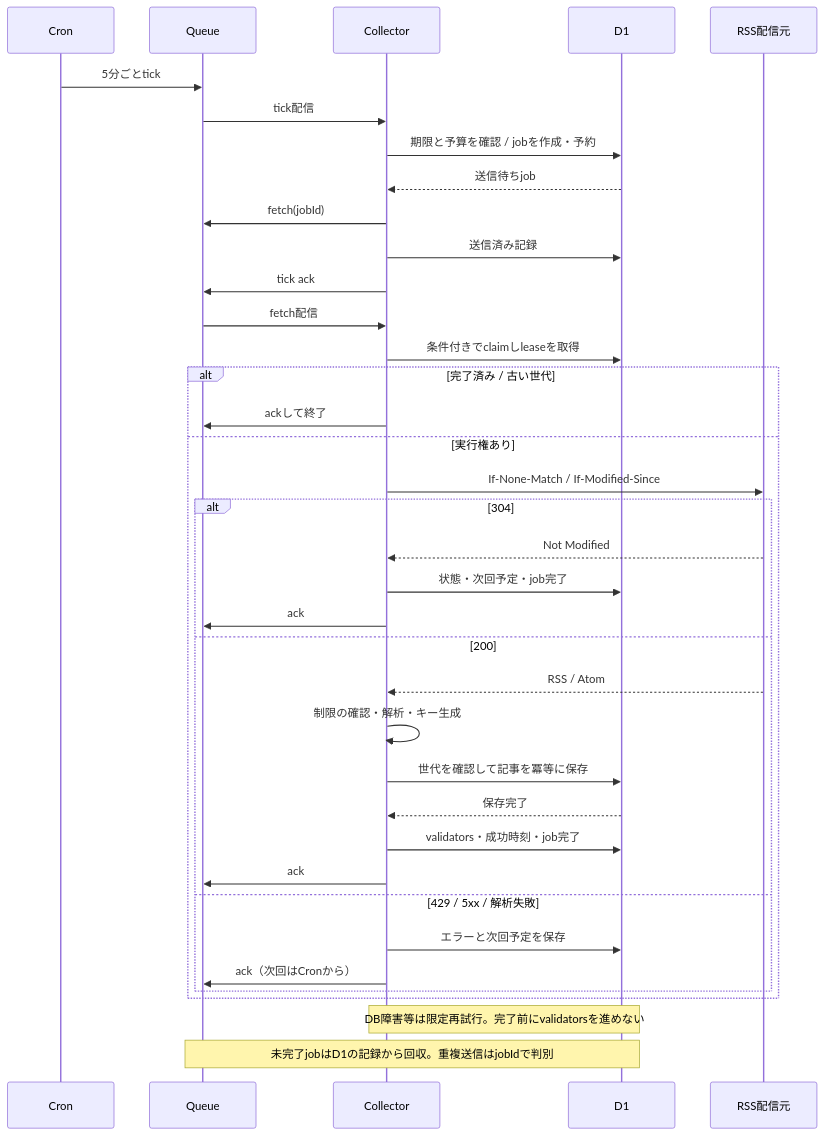
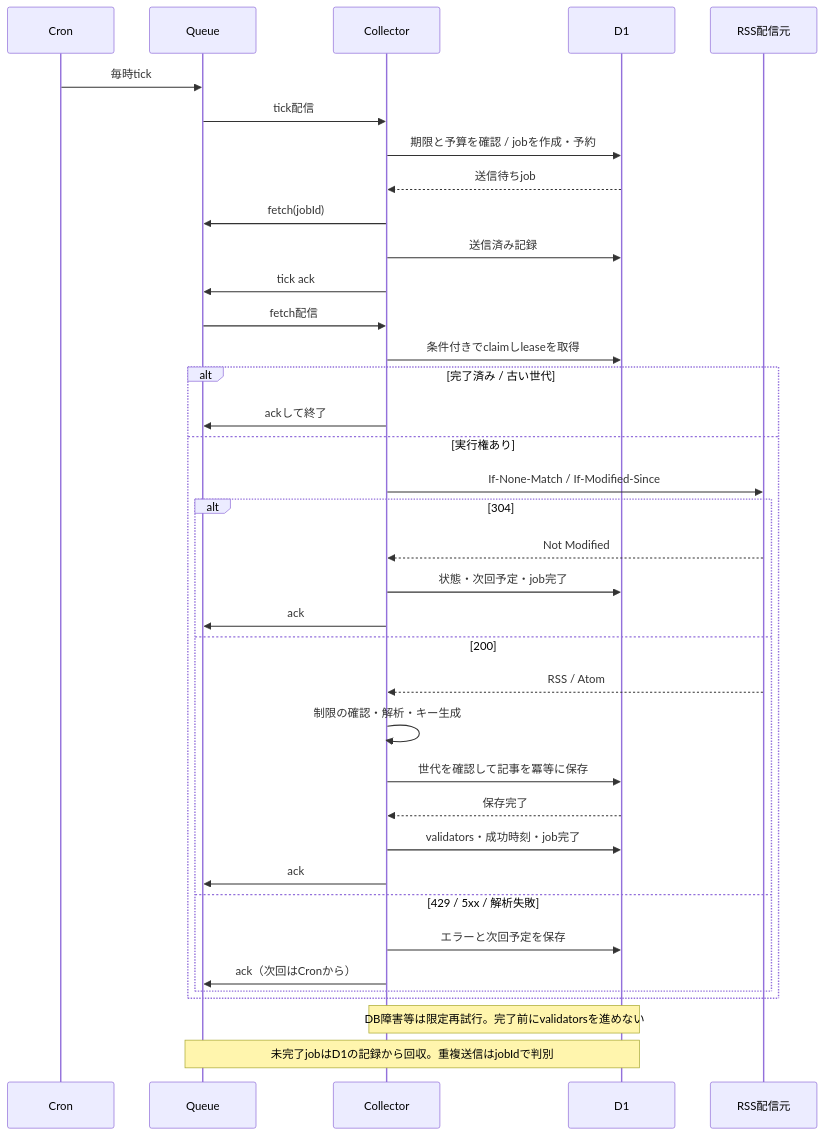
The second of 4 diagrams in docs/06-sequences.md (moz-sec/tayori), drawn with Mermaid before and after one commit. The commit also changed other lines of this file and 18 other files, not shown here.

````diff
--- a/docs/06-sequences.md
+++ b/docs/06-sequences.md
@@ -39,39 +41,39 @@
 ```mermaid
 sequenceDiagram
     participant C as Cron
     participant Q as Queue
     participant W as Collector
     participant D as D1
     participant E as RSS配信元
-    C->>Q: 5分ごとtick
+    C->>Q: 毎時tick
     Q->>W: tick配信
     W->>D: 期限と予算を確認 / jobを作成・予約
     D-->>W: 送信待ちjob
     W->>Q: fetch(jobId)
     W->>D: 送信済み記録
     W->>Q: tick ack
     Q->>W: fetch配信
     W->>D: 条件付きでclaimしleaseを取得
     alt 完了済み / 古い世代
         W->>Q: ackして終了
     else 実行権あり
         W->>E: If-None-Match / If-Modified-Since
         alt 304
             E-->>W: Not Modified
             W->>D: 状態・次回予定・job完了
             W->>Q: ack
         else 200
             E-->>W: RSS / Atom
             W->>W: 制限の確認・解析・キー生成
             W->>D: 世代を確認して記事を冪等に保存
             D-->>W: 保存完了
             W->>D: validators・成功時刻・job完了
             W->>Q: ack
         else 429 / 5xx / 解析失敗
             W->>D: エラーと次回予定を保存
             W->>Q: ack（次回はCronから）
         end
     end
     Note over W,D: DB障害等は限定再試行。完了前にvalidatorsを進めない
     Note over Q,D: 未完了jobはD1の記録から回収。重複送信はjobIdで判別
 ```
````
